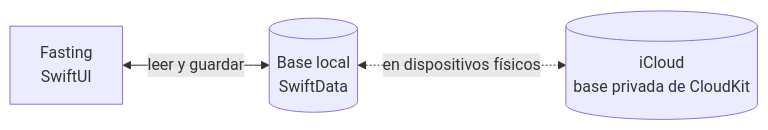
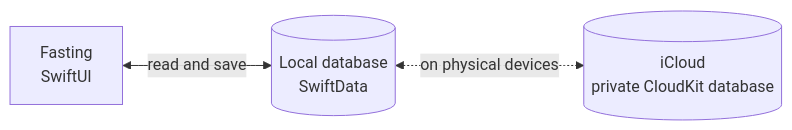
Before and after one commit to kecoma1/ios-fasting: the diagram in README.md, drawn with Mermaid. The commit also changed other lines of this file, not shown here.

````diff
--- a/README.md
+++ b/README.md
@@ -106,5 +106,5 @@
 ```mermaid
 flowchart LR
-    App["Fasting<br/>SwiftUI"] <-->|leer y guardar| Store[("Base local<br/>SwiftData")]
-    Store <-.->|en dispositivos físicos| Cloud[("iCloud<br/>base privada de CloudKit")]
+    App["Fasting<br/>SwiftUI"] <-->|read and save| Store[("Local database<br/>SwiftData")]
+    Store <-.->|on physical devices| Cloud[("iCloud<br/>private CloudKit database")]
 ```
````
